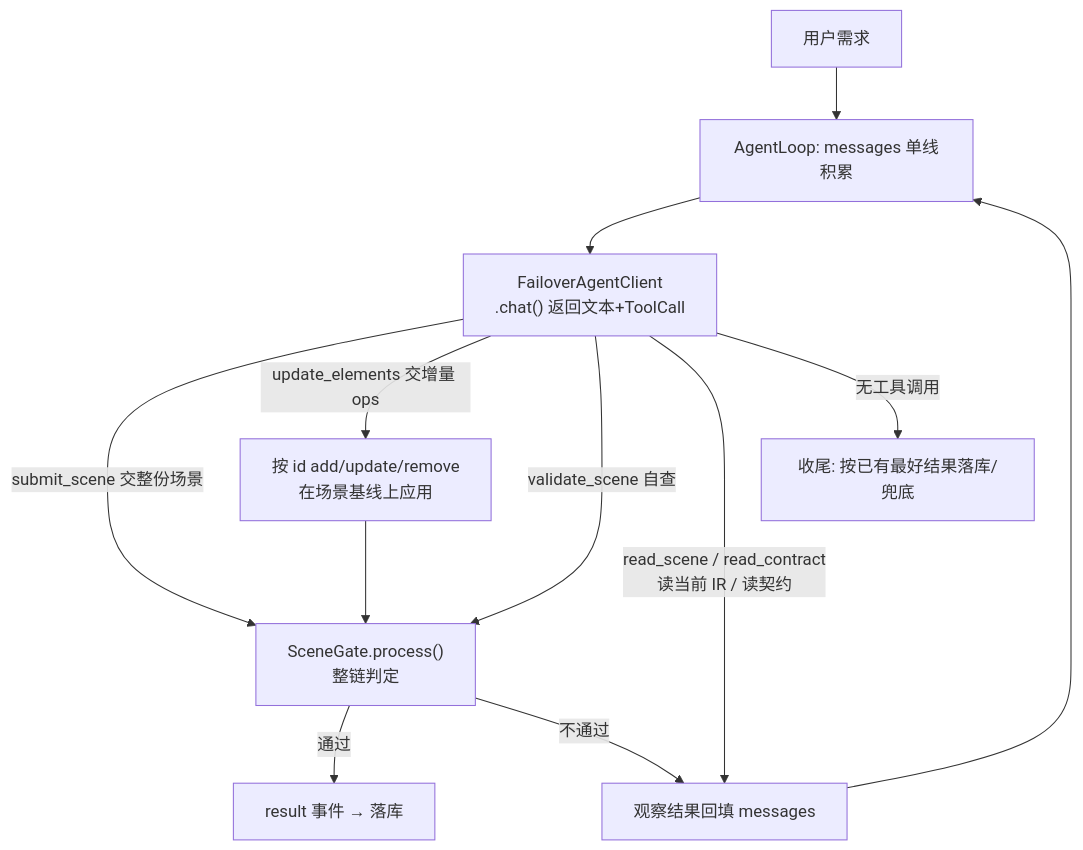
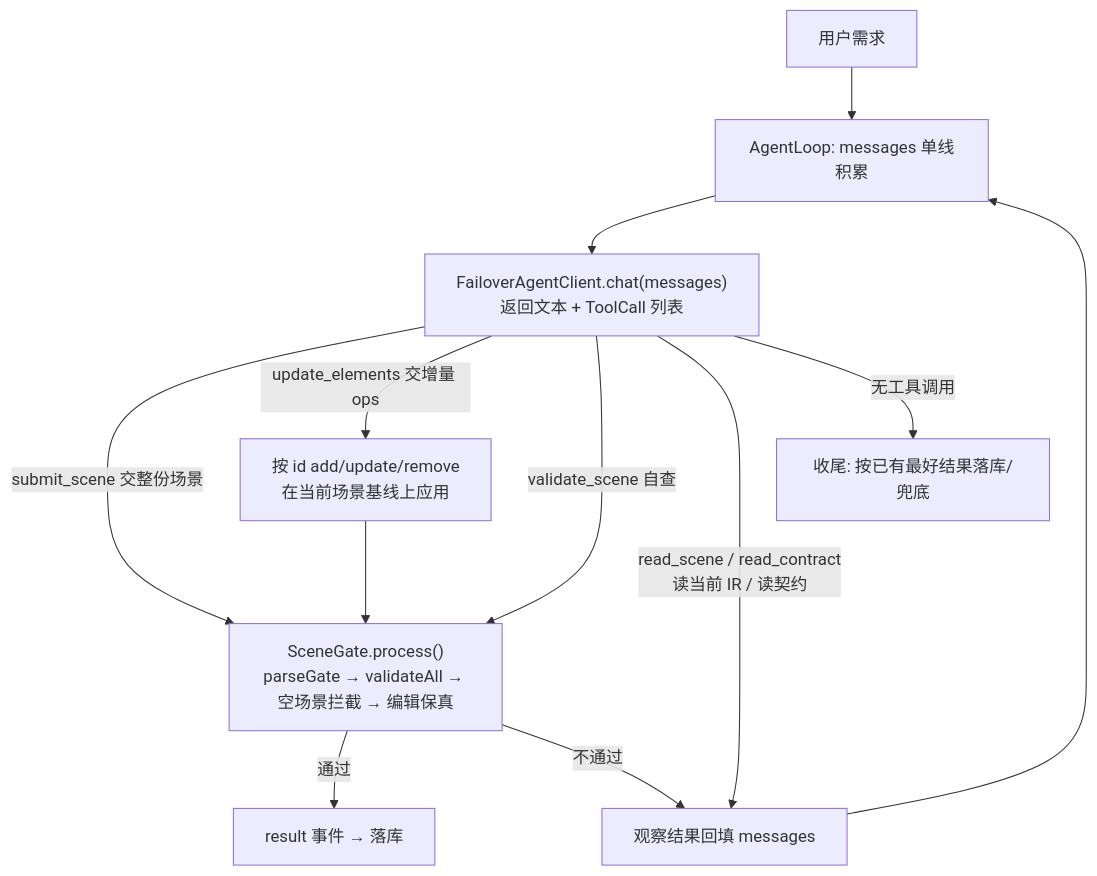
Before and after one commit to Nihao7-L/flowchart-ai: the eighth of 13 diagrams in workbuddyFlow/docs/FlowAI架构与交互机制.md, drawn with Mermaid. The commit also changed other lines of this file and 37 other files, not shown here.

````diff
--- a/workbuddyFlow/docs/FlowAI架构与交互机制.md
+++ b/workbuddyFlow/docs/FlowAI架构与交互机制.md
@@ -270,14 +258,14 @@
 ```mermaid
 flowchart TD
   Start["用户需求"] --> Loop["AgentLoop: messages 单线积累"]
-  Loop --> LLM["FailoverAgentClient<br/>.chat() 返回文本+ToolCall"]
-  LLM -->|"submit_scene 交整份场景"| Gate["SceneGate.process()<br/>整链判定"]
-  LLM -->|"update_elements 交增量 ops"| Ops["按 id add/update/remove<br/>在场景基线上应用"]
+  Loop --> LLM["FailoverAgentClient.chat(messages)<br/>返回文本 + ToolCall 列表"]
+  LLM -->|"submit_scene 交整份场景"| Gate["SceneGate.process()<br/>parseGate → validateAll → 空场景拦截 → 编辑保真"]
+  LLM -->|"update_elements 交增量 ops"| Ops["按 id add/update/remove<br/>在当前场景基线上应用"]
   Ops --> Gate
   LLM -->|"validate_scene 自查"| Gate
   LLM -->|"read_scene / read_contract<br/>读当前 IR / 读契约"| Obs["观察结果回填 messages"]
   Gate -->|"通过"| Res["result 事件 → 落库"]
   Gate -->|"不通过"| Obs
   Obs --> Loop
   LLM -->|"无工具调用"| End["收尾: 按已有最好结果落库/兜底"]
 ```
````
